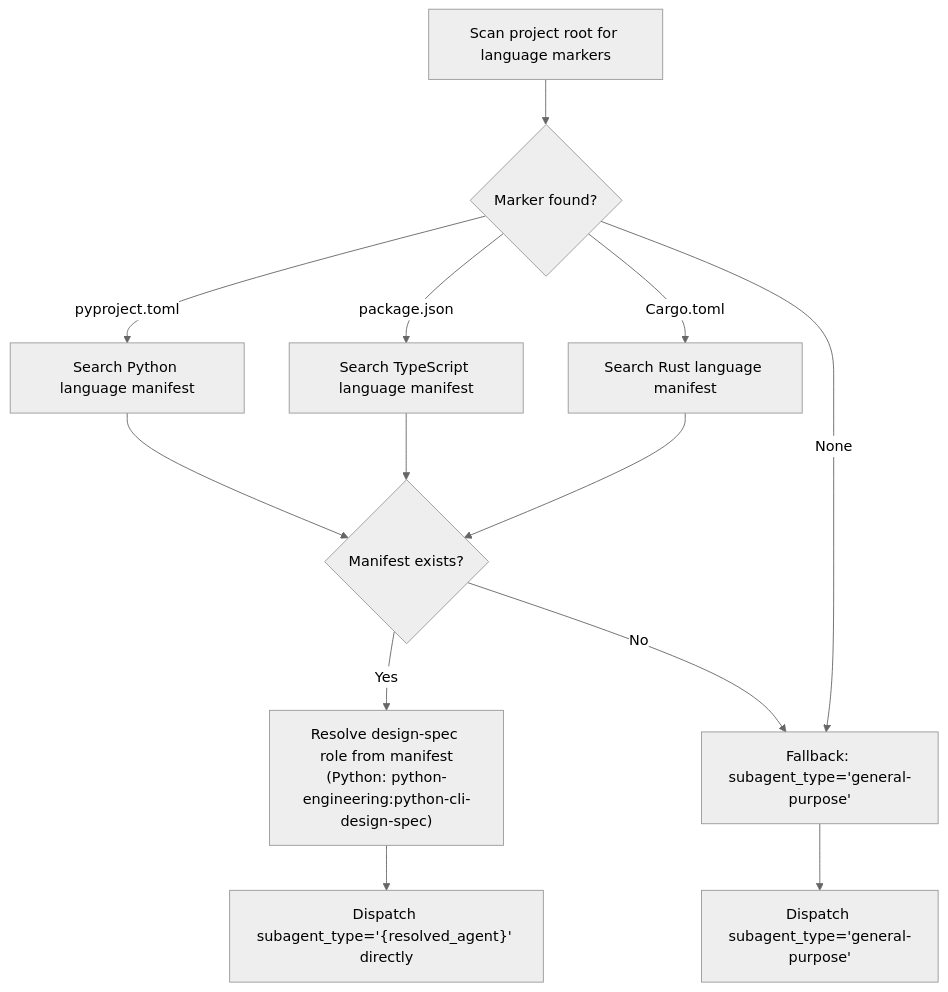
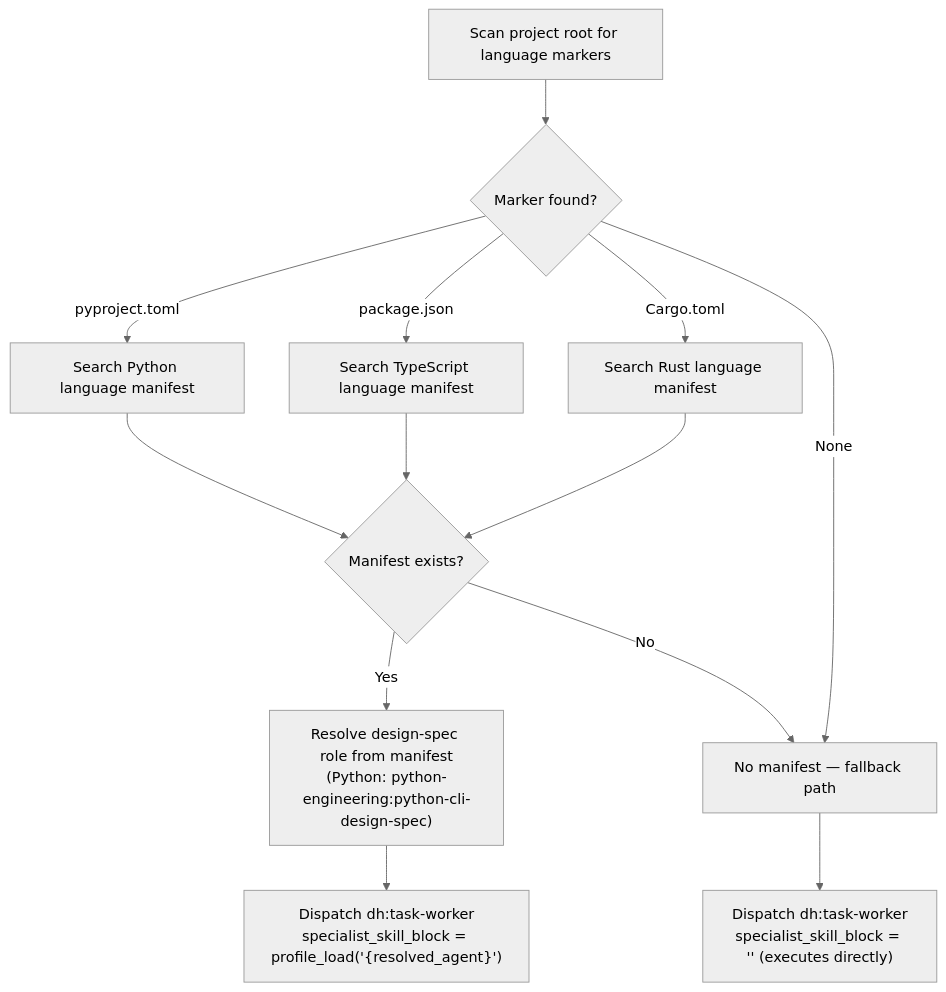
Before and after one commit to Jamie-BitFlight/claude_skills: the second of 3 diagrams in plugins/development-harness/skills/add-new-feature/SKILL.md, drawn with Mermaid (neutral theme). The commit also changed other lines of this file and 1 other file, not shown here.

Commit message:
fix(add-new-feature): restore dh:task-worker dispatch in Phase 3 fallback
The previous fix incorrectly introduced general-purpose as the Phase 3
fallback agent, which is explicitly banned in dh plugin extensions. It
also incorrectly described Phase 3 as dispatching specialists directly
(like Phases 1/2/4), mischaracterising the architecture.

Phase 3 is stack-specific: the architect role is resolved from the
language manifest and loaded into dh:task-worker via profile_load.
When no manifest exists, task-worker executes directly as the fallback
architect — not general-purpose.

Phases 1, 2, 4 use native DH agents for non-stack-specific process
steps (feature-researcher, codebase-analyzer, swarm-task-planner).
Phase 3 uses task-worker because the architect role is dynamic.

Updates Mermaid to show profile_load path and direct-execution fallback.
Updates prose to explain why task-worker is used and why general-purpose
is never the answer.

https://claude.ai/code/session_0166C2xQGc2pugYt4ZWL5Kpd

````diff
--- a/plugins/development-harness/skills/add-new-feature/SKILL.md
+++ b/plugins/development-harness/skills/add-new-feature/SKILL.md
@@ -217,15 +217,15 @@
 ```mermaid
 flowchart TD
     Scan[Scan project root for language markers] --> Found{Marker found?}
     Found -->|pyproject.toml| Py[Search Python language manifest]
     Found -->|package.json| TS[Search TypeScript language manifest]
     Found -->|Cargo.toml| Rust[Search Rust language manifest]
-    Found -->|None| FB["Fallback: subagent_type='general-purpose'"]
+    Found -->|None| FB["No manifest — fallback path"]
     Py --> ManifestFound{Manifest exists?}
     TS --> ManifestFound
     Rust --> ManifestFound
     ManifestFound -->|Yes| Resolve["Resolve design-spec role from manifest<br>(Python: python-engineering:python-cli-design-spec)"]
     ManifestFound -->|No| FB
-    Resolve --> Delegate["Dispatch subagent_type='{resolved_agent}' directly"]
-    FB --> FBDelegate["Dispatch subagent_type='general-purpose'"]
+    Resolve --> Delegate["Dispatch dh:task-worker<br>specialist_skill_block = profile_load('{resolved_agent}')"]
+    FB --> FBDelegate["Dispatch dh:task-worker<br>specialist_skill_block = '' (executes directly)"]
 ```
````
